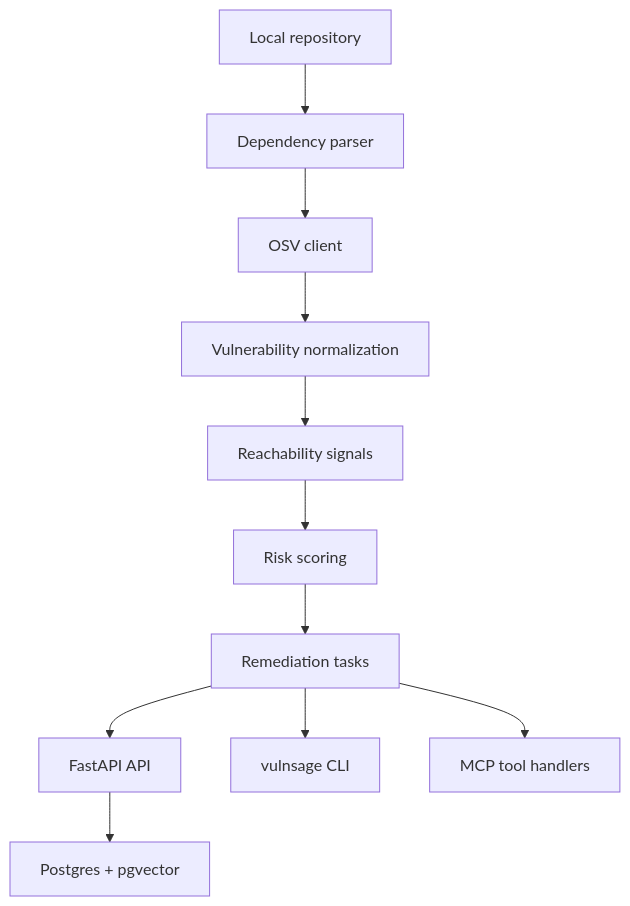
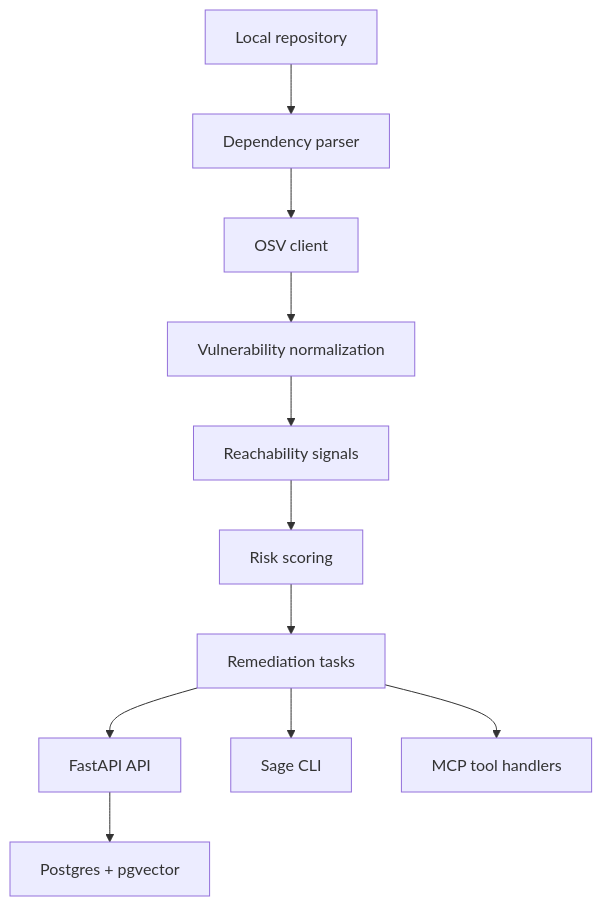
The diagram in README.md (Jeffreyp1/Sage-AI), drawn with Mermaid before and after one commit. The commit also changed other lines of this file and 13 other files, not shown here.

````diff
--- a/README.md
+++ b/README.md
@@ -12,13 +16,13 @@
 ```mermaid
 flowchart TD
     Repo["Local repository"] --> Parser["Dependency parser"]
     Parser --> OSV["OSV client"]
     OSV --> Normalize["Vulnerability normalization"]
     Normalize --> Reach["Reachability signals"]
     Reach --> Risk["Risk scoring"]
     Risk --> Tasks["Remediation tasks"]
     Tasks --> API["FastAPI API"]
-    Tasks --> CLI["vulnsage CLI"]
+    Tasks --> CLI["Sage CLI"]
     Tasks --> MCP["MCP tool handlers"]
     API --> DB["Postgres + pgvector"]
 ```
````
